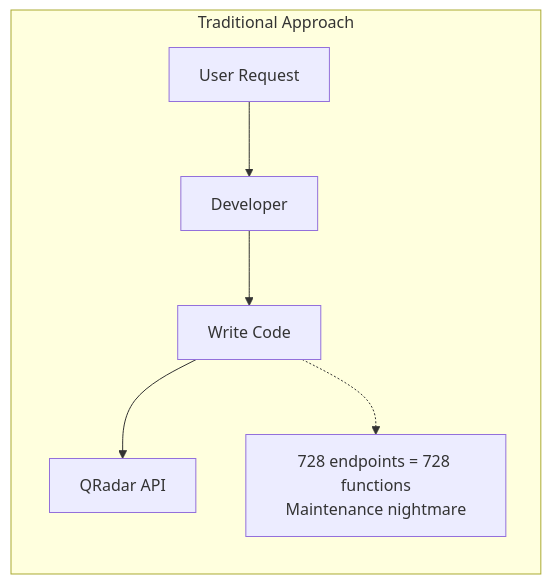
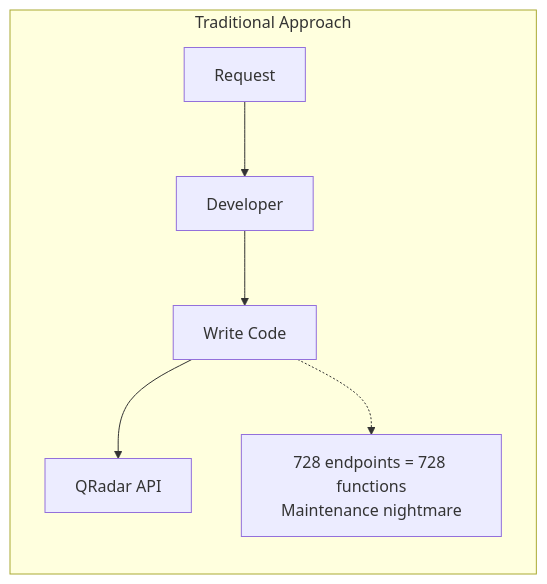
Before and after one commit to IBM/qradar-mcp-server: the first of 3 diagrams in README.md, drawn with Mermaid. The commit also changed other lines of this file, not shown here.

````diff
--- a/README.md
+++ b/README.md
@@ -13,9 +41,9 @@
 ```mermaid
 flowchart LR
     subgraph Traditional["Traditional Approach"]
-        U[User Request] --> D[Developer]
+        U[Request] --> D[Developer]
         D --> C[Write Code]
         C --> Q[QRadar API]
         C -.-> M["728 endpoints = 728 functions<br/>Maintenance nightmare"]
     end
 ```
````
